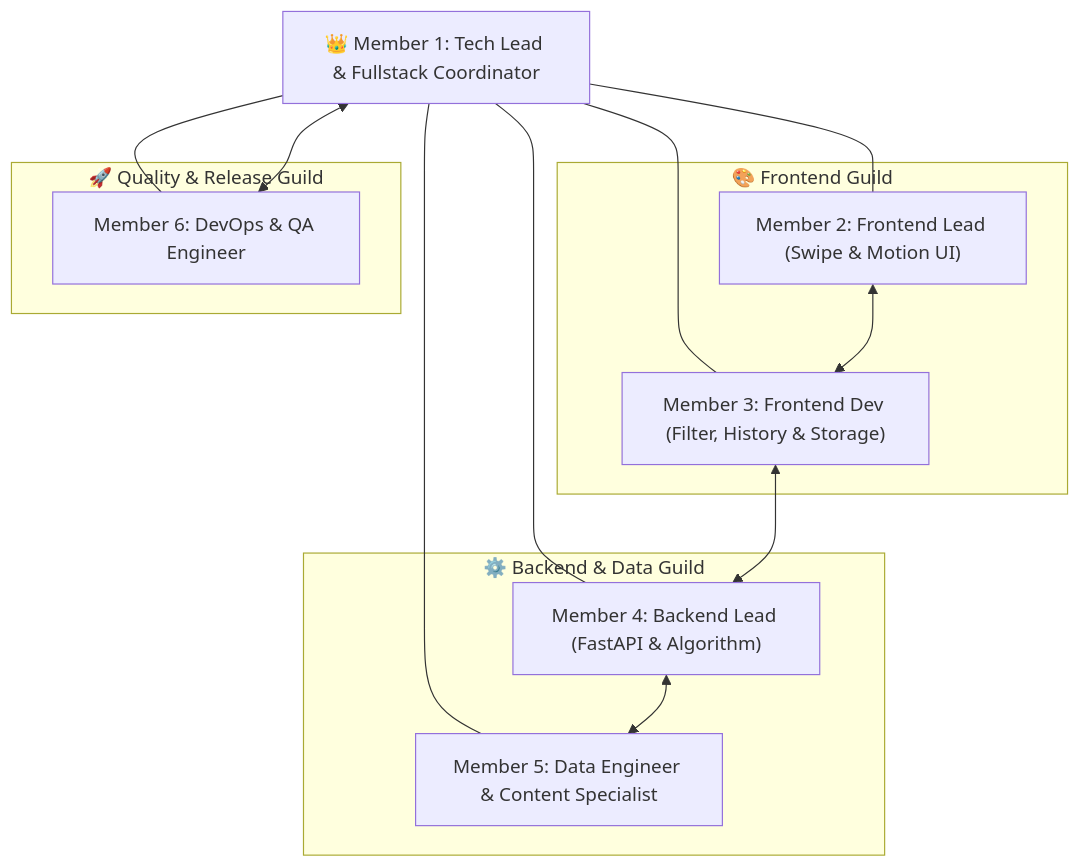
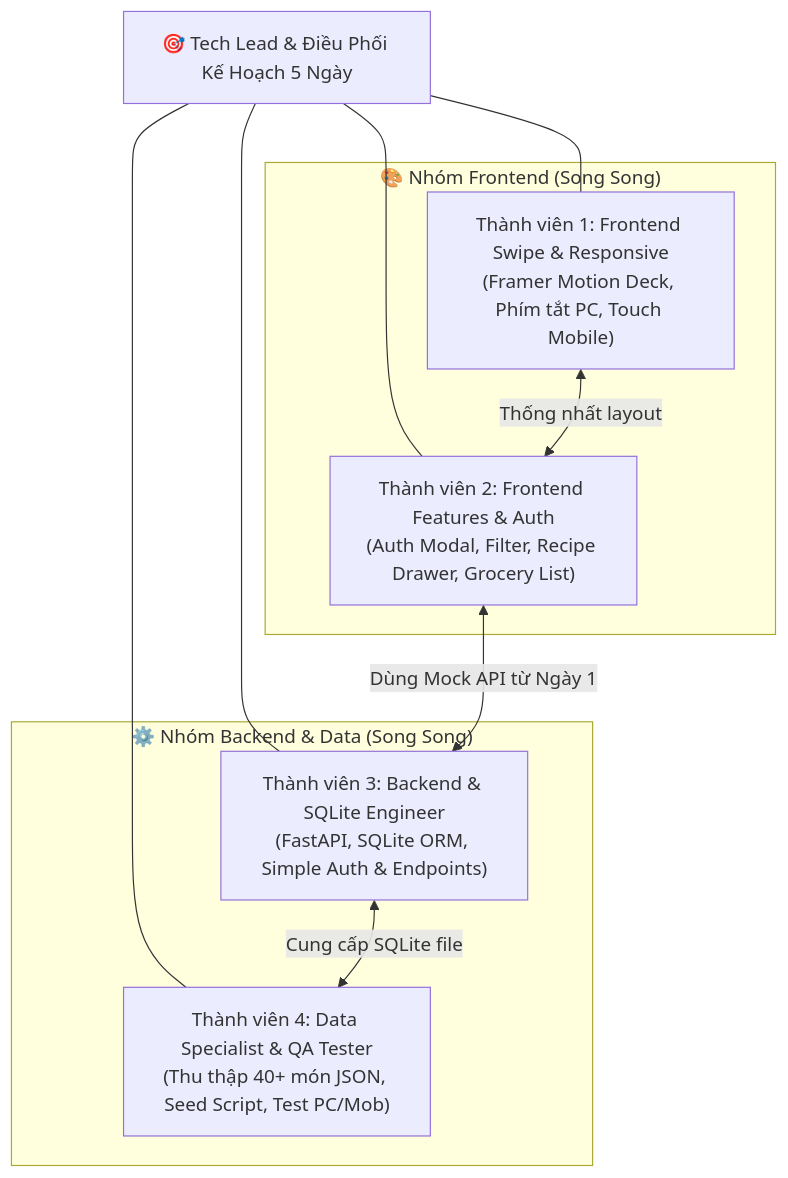
Before and after one commit to snowwminhduc1212/YumYumPick: the diagram in docs/04_TEAM_ROLES_AND_RACI.md, drawn with Mermaid. The commit also changed other lines of this file and 9 other files, not shown here.

Commit message:
refactor: simplify project scope to 5-day sprint with SQLite, simple auth, responsive UI and parallel tasks

````diff
--- a/docs/04_TEAM_ROLES_AND_RACI.md
+++ b/docs/04_TEAM_ROLES_AND_RACI.md
@@ -9,29 +9,23 @@
 ```mermaid
 flowchart TD
-    Lead["👑 Member 1: Tech Lead & Fullstack Coordinator"]
-    
-    subgraph FrontendTeam["🎨 Frontend Guild"]
-        FE1["Member 2: Frontend Lead (Swipe & Motion UI)"]
-        FE2["Member 3: Frontend Dev (Filter, History & Storage)"]
+    Lead["🎯 Tech Lead & Điều Phối Kế Hoạch 5 Ngày"]
+
+    subgraph GuildFE["🎨 Nhóm Frontend (Song Song)"]
+        FE1["Thành viên 1: Frontend Swipe & Responsive\n(Framer Motion Deck, Phím tắt PC, Touch Mobile)"]
+        FE2["Thành viên 2: Frontend Features & Auth\n(Auth Modal, Filter, Recipe Drawer, Grocery List)"]
     end
 
-    subgraph BackendTeam["⚙️ Backend & Data Guild"]
-        BE1["Member 4: Backend Lead (FastAPI & Algorithm)"]
-        BE2["Member 5: Data Engineer & Content Specialist"]
-    end
-
-    subgraph Operations["🚀 Quality & Release Guild"]
-        Ops["Member 6: DevOps & QA Engineer"]
+    subgraph GuildBE["⚙️ Nhóm Backend & Data (Song Song)"]
+        BE["Thành viên 3: Backend & SQLite Engineer\n(FastAPI, SQLite ORM, Simple Auth & Endpoints)"]
+        DATA["Thành viên 4: Data Specialist & QA Tester\n(Thu thập 40+ món JSON, Seed Script, Test PC/Mob)"]
     end
 
     Lead --- FE1
     Lead --- FE2
-    Lead --- BE1
-    Lead --- BE2
-    Lead --- Ops
+    Lead --- BE
+    Lead --- DATA
 
-    FE1 <--> FE2
-    BE1 <--> BE2
-    FE2 <--> BE1
-    Ops <--> Lead
+    FE1 <-->|Thống nhất layout| FE2
+    FE2 <-->|Dùng Mock API từ Ngày 1| BE
+    BE <-->|Cung cấp SQLite file| DATA
 ```
````
